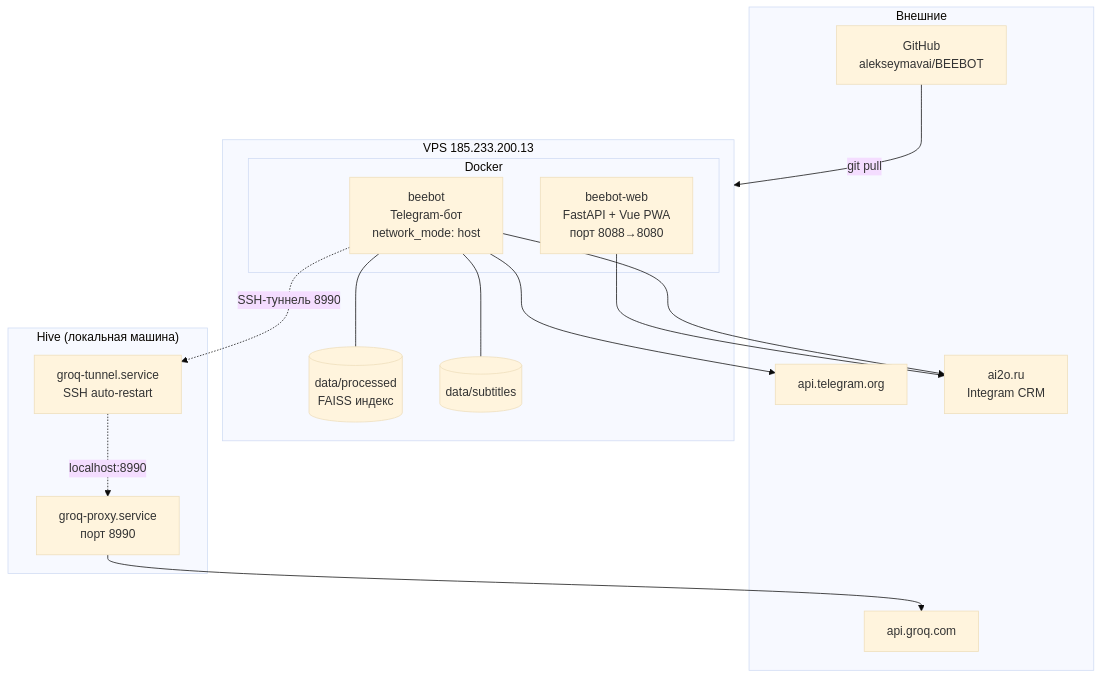
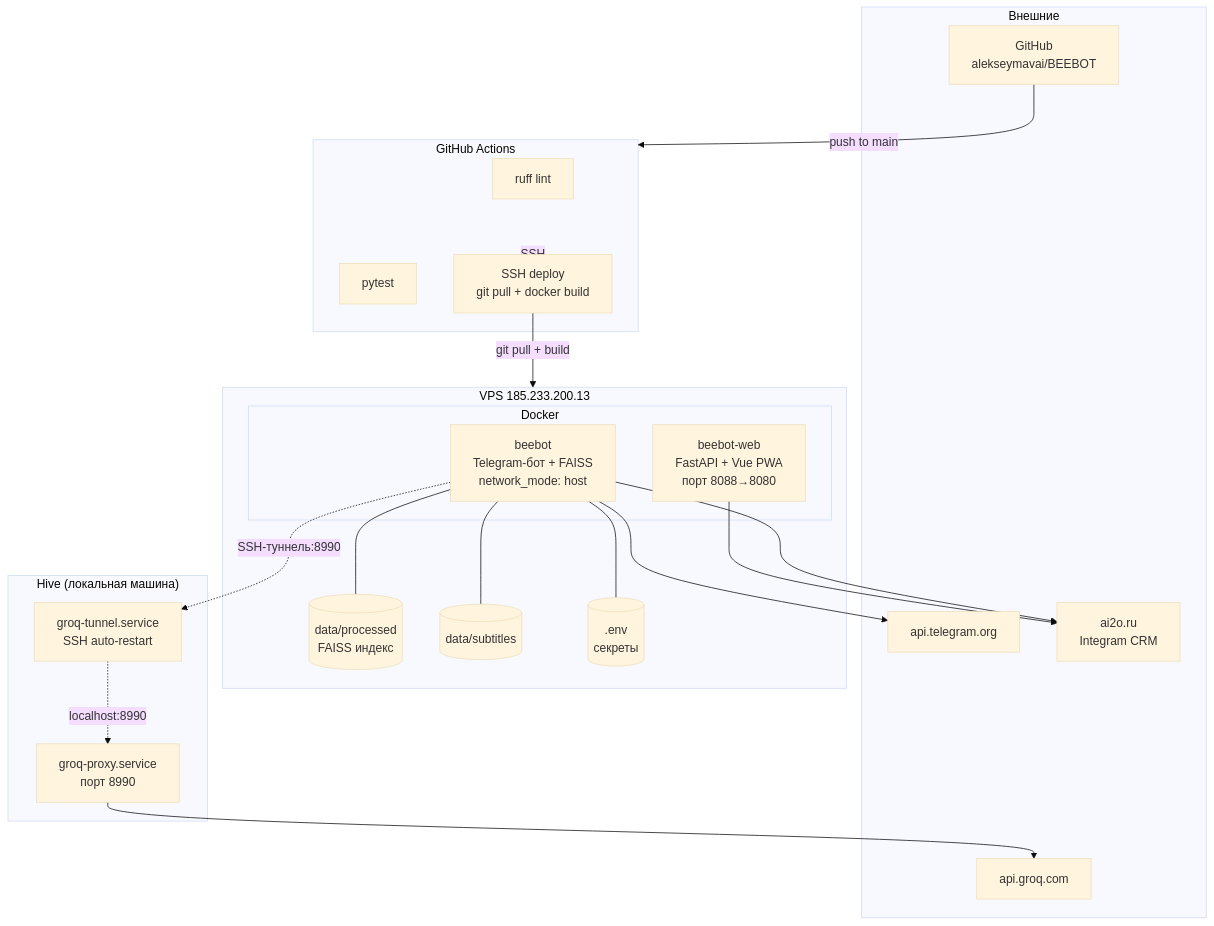
One commit to unidel2035/BEEBOT changed the seventh of 12 diagrams in docs/architecture.md. Above: the diagram before and after it, drawn with Mermaid (base theme). The commit also changed other lines of this file and 14 other files, not shown here.

````diff
--- a/docs/architecture.md
+++ b/docs/architecture.md
@@ -185,33 +270,43 @@
 ```mermaid
 graph TB
     subgraph VPS["VPS 185.233.200.13"]
         subgraph Docker
-            C1[beebot<br/>Telegram-бот<br/>network_mode: host]
+            C1[beebot<br/>Telegram-бот + FAISS<br/>network_mode: host]
             C2[beebot-web<br/>FastAPI + Vue PWA<br/>порт 8088→8080]
         end
         VOL1[(data/processed<br/>FAISS индекс)]
         VOL2[(data/subtitles)]
+        VOL3[(.env<br/>секреты)]
     end
 
     subgraph Hive["Hive (локальная машина)"]
         GP[groq-proxy.service<br/>порт 8990]
         GT[groq-tunnel.service<br/>SSH auto-restart]
+    end
+
+    subgraph CI["GitHub Actions"]
+        LINT[ruff lint]
+        TEST[pytest]
+        DEPLOY[SSH deploy<br/>git pull + docker build]
     end
 
     subgraph External["Внешние"]
         GROQ[api.groq.com]
         TGAPI[api.telegram.org]
         ICRM[ai2o.ru<br/>Integram CRM]
         GH[GitHub<br/>alekseymavai/BEEBOT]
     end
 
     C1 --> TGAPI
     C1 --> ICRM
-    C1 -.->|SSH-туннель 8990| GT
+    C1 -.->|SSH-туннель:8990| GT
     GT -.->|localhost:8990| GP
     GP --> GROQ
     C2 --> ICRM
     C1 --- VOL1
     C1 --- VOL2
-    GH -->|git pull| VPS
+    C1 --- VOL3
+    GH -->|push to main| CI
+    CI -->|SSH| DEPLOY
+    DEPLOY -->|git pull + build| VPS
 ```
````
